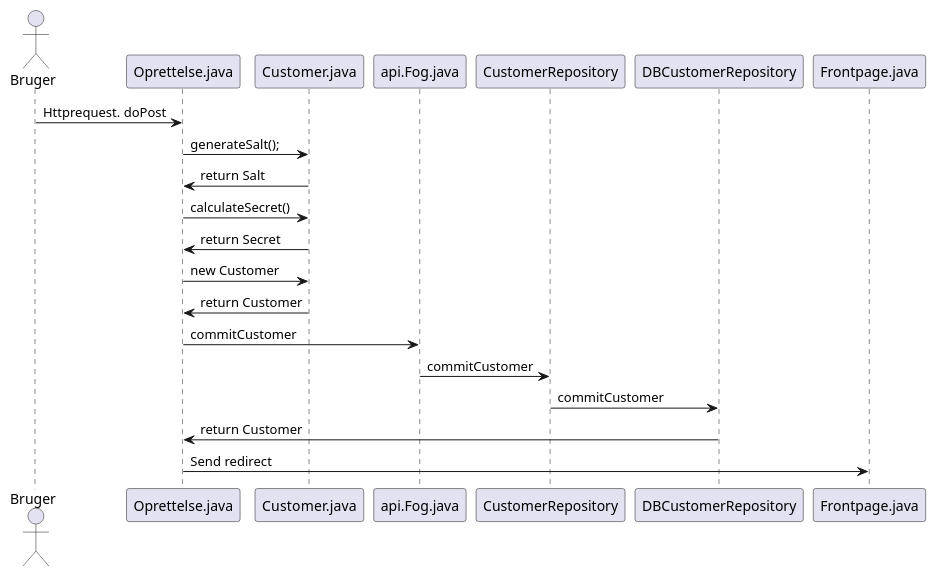
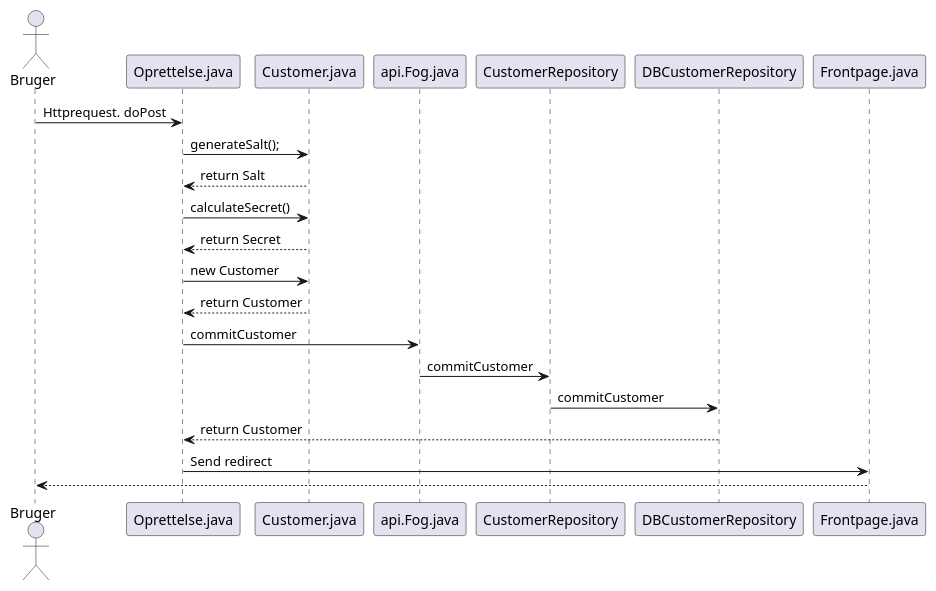
Before and after one commit to jensgelbek/Fog: the diagram in src/main/Diagrammer/SekvensDiagram.puml, drawn with PlantUML. The commit also changed other lines of this file and 9 other files, not shown here.

```diff
--- a/src/main/Diagrammer/SekvensDiagram.puml
+++ b/src/main/Diagrammer/SekvensDiagram.puml
@@ -1,22 +1,24 @@
 @startuml
 
 actor "Bruger"
 Bruger -> Oprettelse.java: Httprequest. doPost
 
 Oprettelse.java -> Customer.java: generateSalt();
-Oprettelse.java <- Customer.java: return Salt
+Oprettelse.java <-- Customer.java: return Salt
 Oprettelse.java -> Customer.java: calculateSecret()
-Oprettelse.java <- Customer.java: return Secret
+Oprettelse.java <-- Customer.java: return Secret
 
 
 Oprettelse.java -> Customer.java: new Customer
 
-Oprettelse.java <- Customer.java: return Customer
+Oprettelse.java <-- Customer.java: return Customer
 Oprettelse.java -> api.Fog.java: commitCustomer
 api.Fog.java -> CustomerRepository: commitCustomer
 CustomerRepository -> DBCustomerRepository: commitCustomer
 
-DBCustomerRepository -> Oprettelse.java: return Customer
+DBCustomerRepository --> Oprettelse.java: return Customer
 Frontpage.java <- Oprettelse.java: Send redirect
+Frontpage.java --> Bruger
+
 
 @enduml
```
